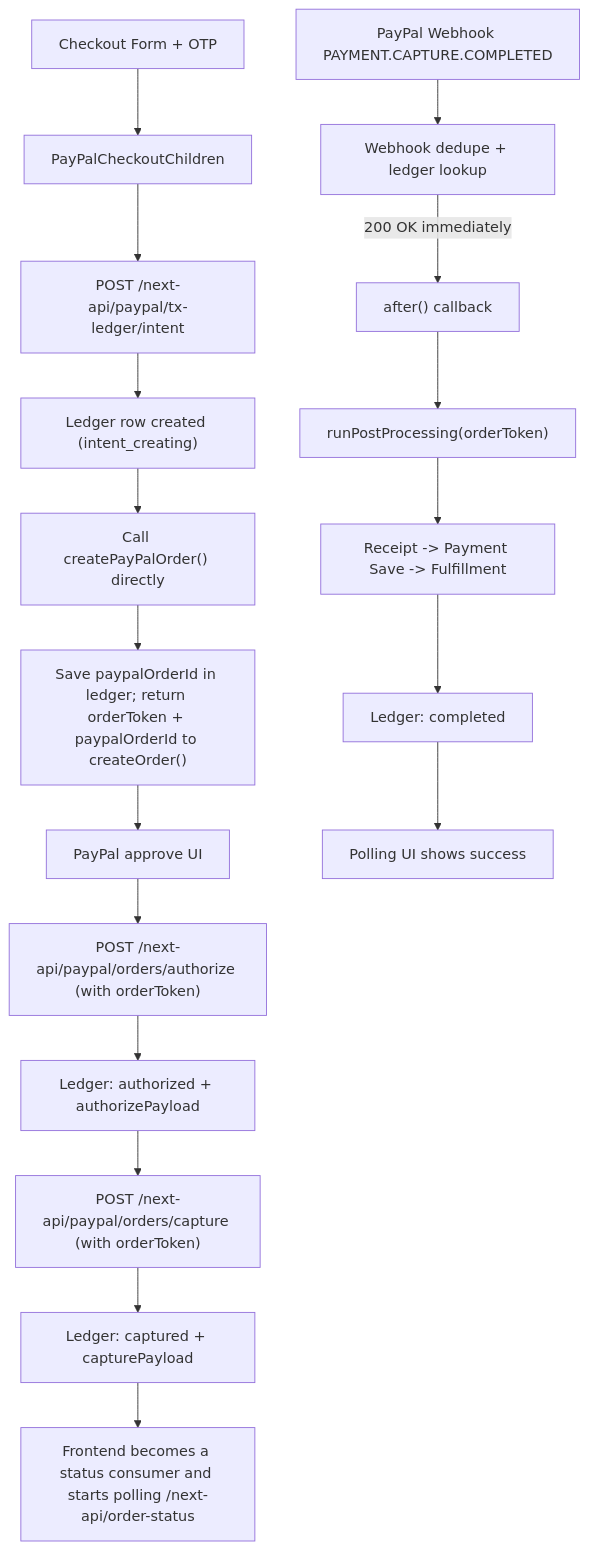
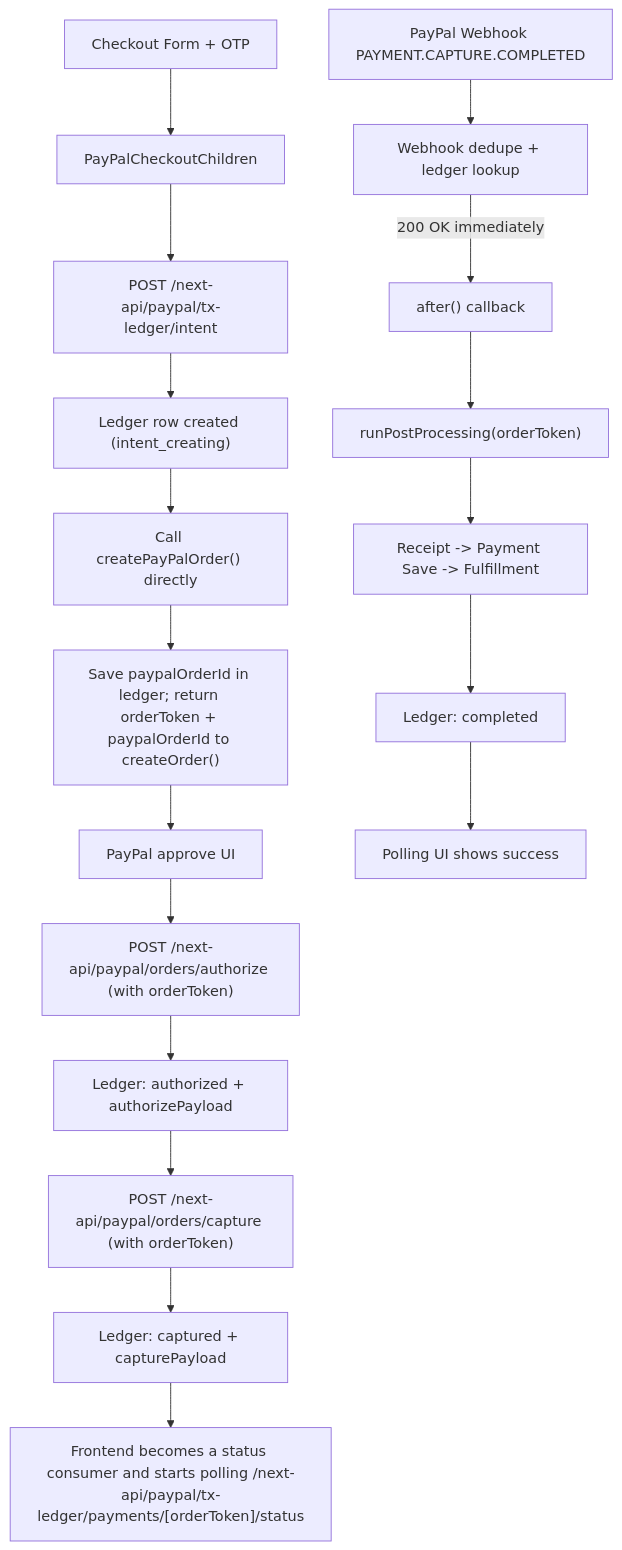
One commit to Codex-Christi/codex_christi_frontend changed the diagram in PAYPAL_TX_LEDGER_GUIDE.md. Above: the diagram before and after it, drawn with Mermaid. The commit also changed other lines of this file and 18 other files, not shown here.

````diff
--- a/PAYPAL_TX_LEDGER_GUIDE.md
+++ b/PAYPAL_TX_LEDGER_GUIDE.md
@@ -141,20 +141,20 @@
 ```mermaid
 flowchart TD
   A["Checkout Form + OTP"] --> B["PayPalCheckoutChildren"]
   B --> C["POST /next-api/paypal/tx-ledger/intent"]
   C --> D["Ledger row created (intent_creating)"]
   D --> E["Call createPayPalOrder() directly"]
   E --> F["Save paypalOrderId in ledger; return orderToken + paypalOrderId to createOrder()"]
   F --> G["PayPal approve UI"]
   G --> H["POST /next-api/paypal/orders/authorize (with orderToken)"]
   H --> I["Ledger: authorized + authorizePayload"]
   I --> J["POST /next-api/paypal/orders/capture (with orderToken)"]
   J --> K["Ledger: captured + capturePayload"]
-  K --> L["Frontend becomes a status consumer and starts polling /next-api/order-status"]
+  K --> L["Frontend becomes a status consumer and starts polling /next-api/paypal/tx-ledger/payments/[orderToken]/status"]
   M["PayPal Webhook PAYMENT.CAPTURE.COMPLETED"] --> N["Webhook dedupe + ledger lookup"]
   N --> |"200 OK immediately"| N2["after() callback"]
   N2 --> O["runPostProcessing(orderToken)"]
   O --> P["Receipt -> Payment Save -> Fulfillment"]
   P --> Q["Ledger: completed"]
   Q --> R["Polling UI shows success"]
 ```
````
